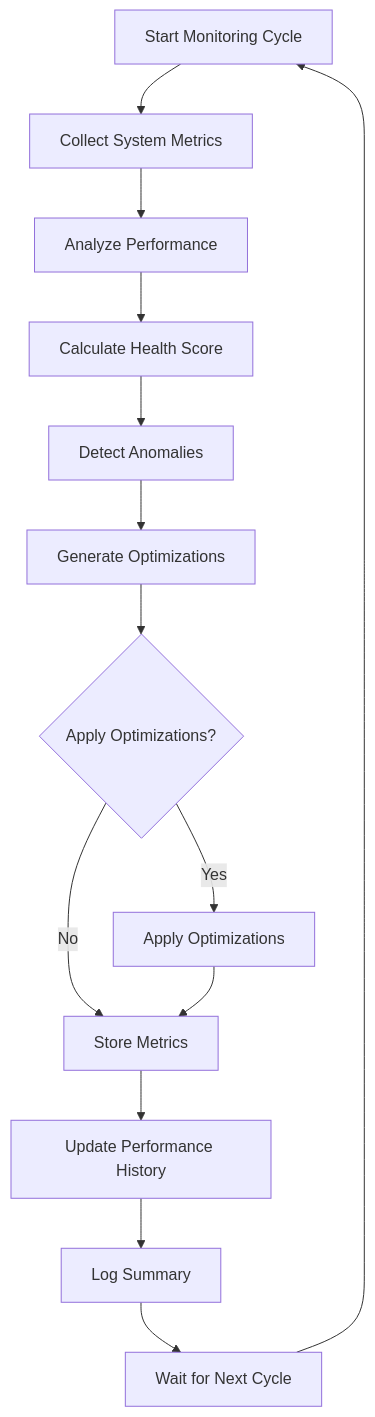
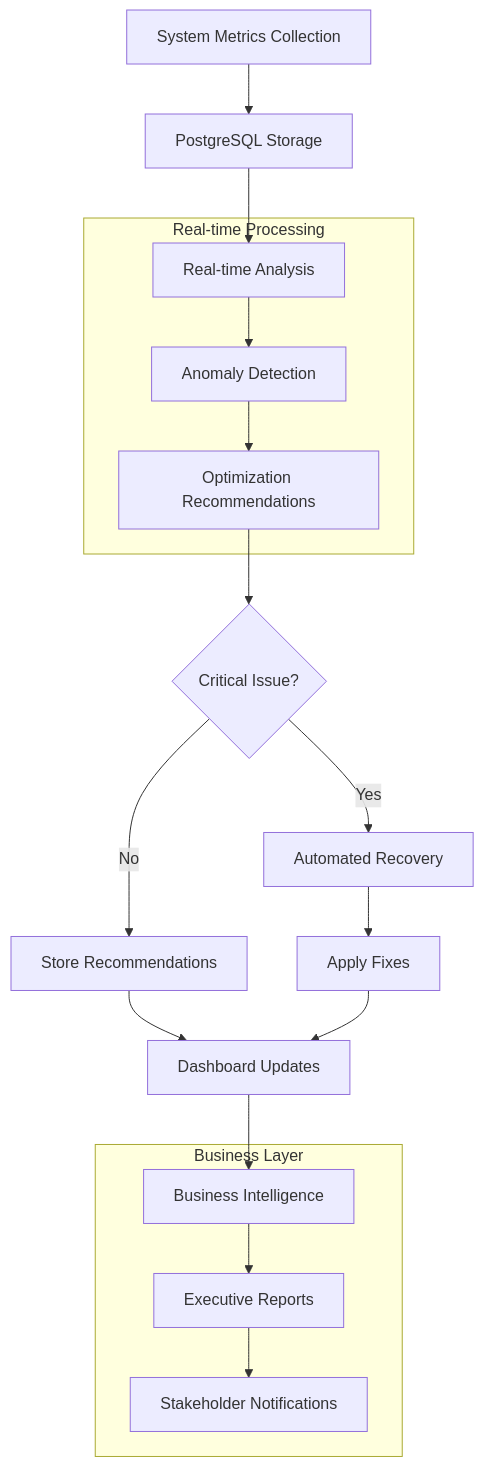
The second of 3 diagrams in PERFORMANCE_MONITORING.md (Kausiukas/System-Reference), drawn with Mermaid before and after one commit. The commit also changed other lines of this file, not shown here.

````diff
--- a/PERFORMANCE_MONITORING.md
+++ b/PERFORMANCE_MONITORING.md
@@ -98,16 +101,28 @@
 ```mermaid
 flowchart TD
-    A[Start Monitoring Cycle] --> B[Collect System Metrics]
-    B --> C[Analyze Performance]
-    C --> D[Calculate Health Score]
-    D --> E[Detect Anomalies]
-    E --> F[Generate Optimizations]
-    F --> G{Apply Optimizations?}
-    G -->|Yes| H[Apply Optimizations]
-    G -->|No| I[Store Metrics]
-    H --> I
-    I --> J[Update Performance History]
-    J --> K[Log Summary]
-    K --> L[Wait for Next Cycle]
-    L --> A
+    A[System Metrics Collection] --> B[PostgreSQL Storage]
+    B --> C[Real-time Analysis]
+    C --> D[Anomaly Detection]
+    D --> E[Optimization Recommendations]
+    E --> F{Critical Issue?}
+    F -->|Yes| G[Automated Recovery]
+    F -->|No| H[Store Recommendations]
+    G --> I[Apply Fixes]
+    H --> J[Dashboard Updates]
+    I --> J
+    J --> K[Business Intelligence]
+    K --> L[Executive Reports]
+    L --> M[Stakeholder Notifications]
+    
+    subgraph "Real-time Processing"
+        C
+        D
+        E
+    end
+    
+    subgraph "Business Layer"
+        K
+        L
+        M
+    end
 ```
````
